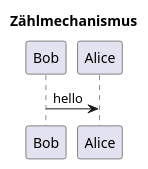
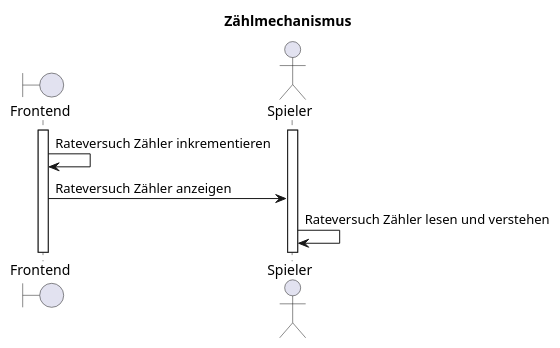
The diagram in docs/requirements-src/F003/F003-seq.plantuml (wordle-time/wordle-time), drawn with PlantUML before and after one commit. The commit also changed 9 other files, not shown here.

Commit message:
F002, F003: Test-Case description and diagram adj

```diff
--- a/docs/requirements-src/F003/F003-seq.plantuml
+++ b/docs/requirements-src/F003/F003-seq.plantuml
@@ -1,5 +1,13 @@
 @startuml F003_seq
 title "Zählmechanismus"
 
-Bob -> Alice : hello
+boundary "Frontend" as frontend
+actor "Spieler" as user
+
+activate frontend
+activate user
+
+frontend -> frontend: Rateversuch Zähler inkrementieren
+frontend -> user: Rateversuch Zähler anzeigen
+user -> user: Rateversuch Zähler lesen und verstehen
 @enduml
```
